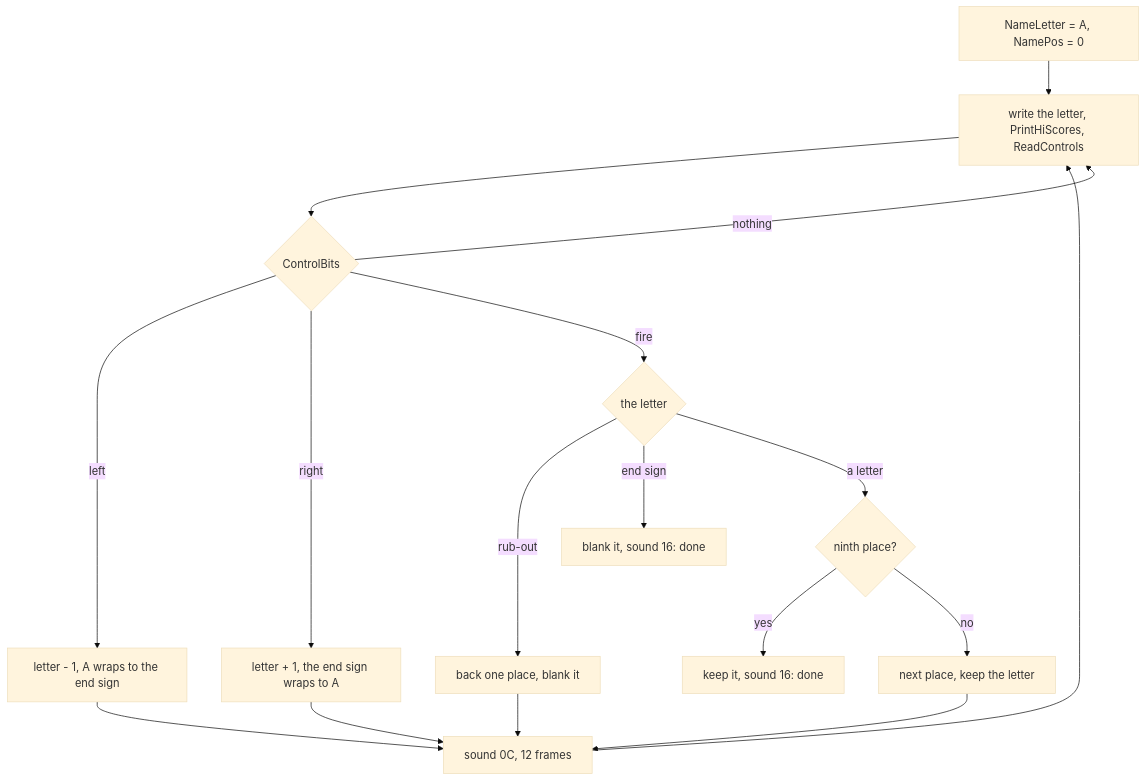
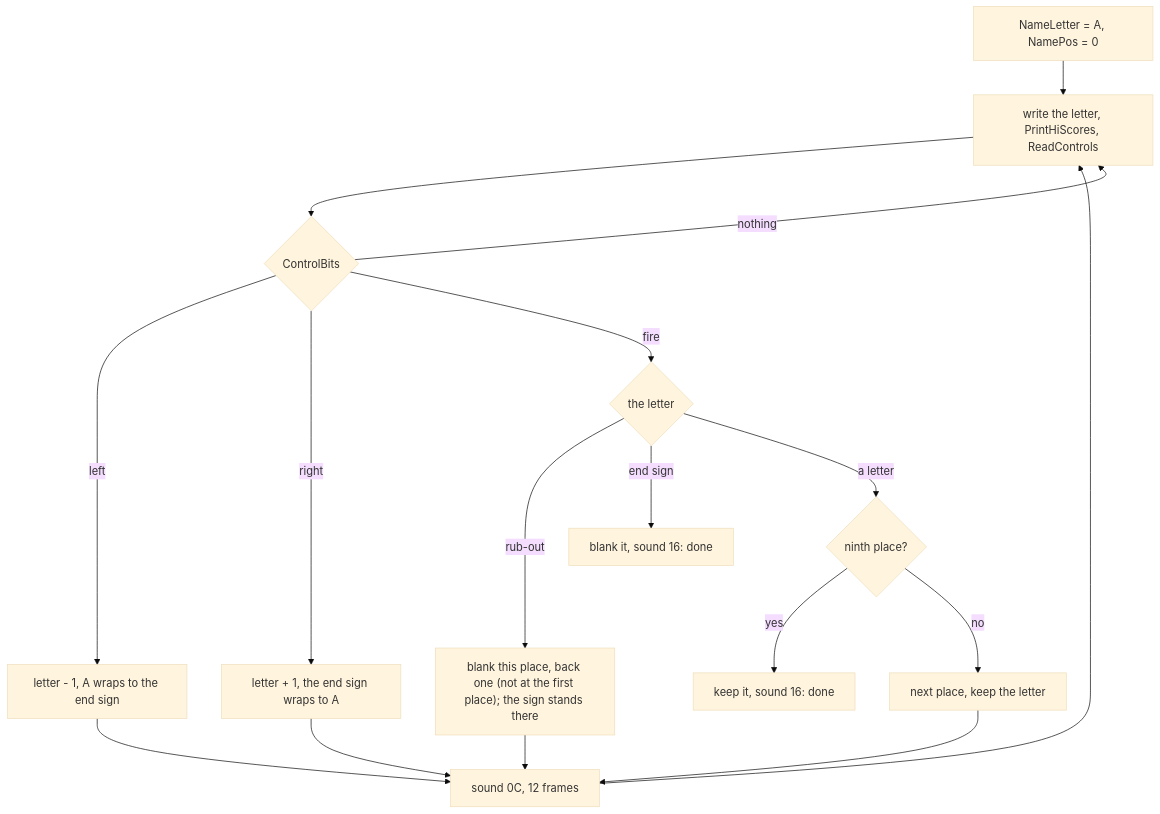
The ninth of 9 diagrams in games/r-type/docs/05-controls.md (alfishe/unrealng-reverse-cases), drawn with Mermaid (base theme) before and after one commit. The commit also changed other lines of this file and 22 other files, not shown here.

````diff
--- a/games/r-type/docs/05-controls.md
+++ b/games/r-type/docs/05-controls.md
@@ -1043,19 +1056,19 @@
 ```mermaid
 flowchart TD
     S["NameLetter = A, NamePos = 0"] --> W["write the letter, PrintHiScores, ReadControls"]
     W --> B{"ControlBits"}
     B -->|"left"| P["letter - 1, A wraps to the end sign"]
     B -->|"right"| N["letter + 1, the end sign wraps to A"]
     B -->|"fire"| F{"the letter"}
     B -->|"nothing"| W
     P --> D["sound 0C, 12 frames"]
     N --> D
     D --> W
-    F -->|"rub-out"| BK["back one place, blank it"]
+    F -->|"rub-out"| BK["blank this place, back one (not at the first place); the sign stands there"]
     F -->|"end sign"| E["blank it, sound 16: done"]
     F -->|"a letter"| Q{"ninth place?"}
     Q -->|"yes"| E2["keep it, sound 16: done"]
     Q -->|"no"| NX["next place, keep the letter"]
     BK --> D
     NX --> D
 ```
````
